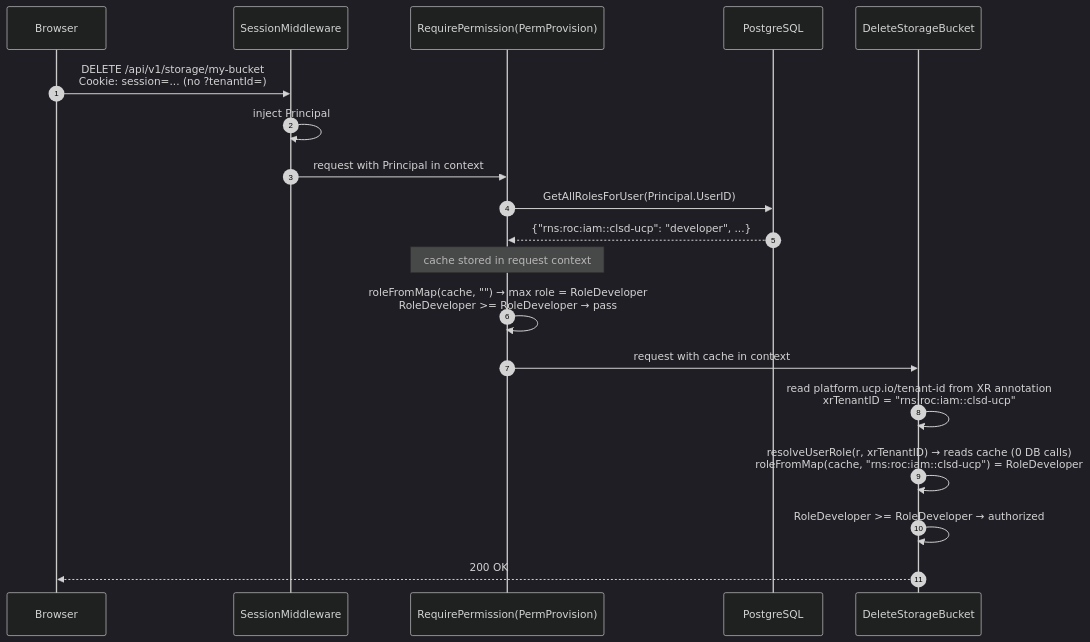
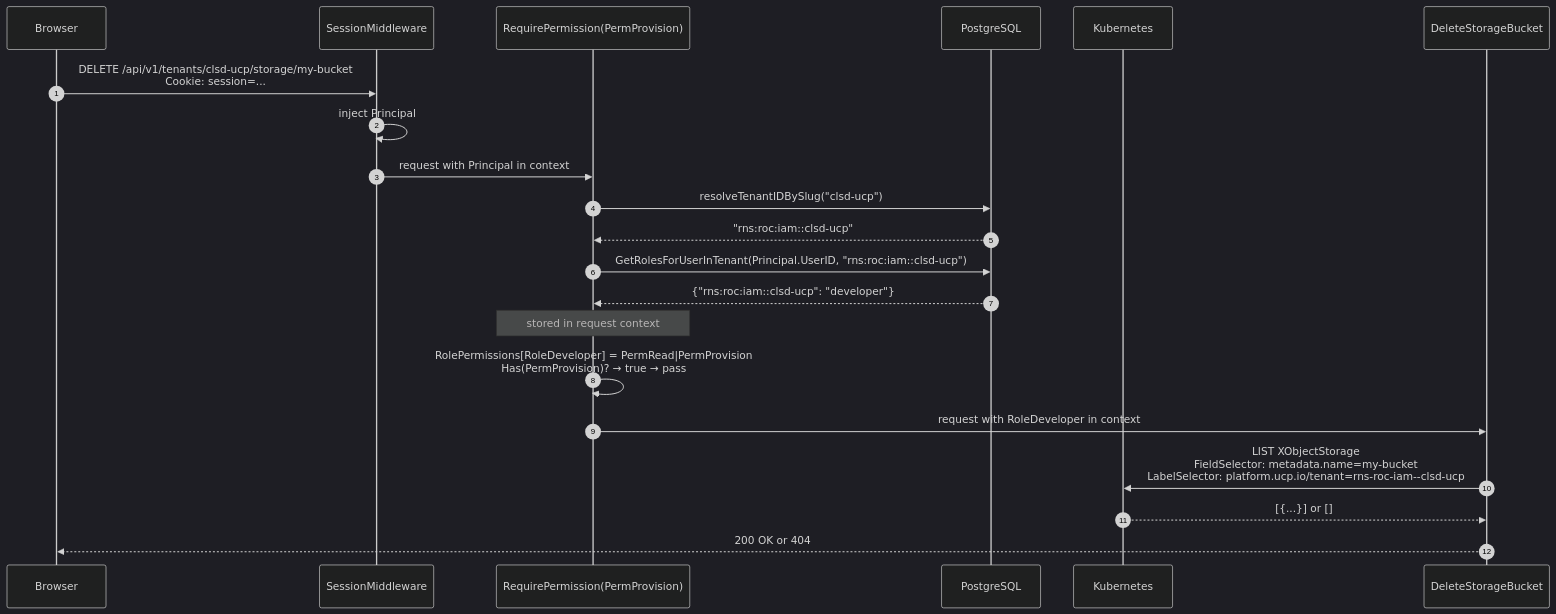
One commit to aripermana-putra/ucp-docs-collection changed the fourth of 5 diagrams in docs/projects/universal-control-plane-ucp/pocs/rbac/implementation.md. Above: the diagram before and after it, drawn with Mermaid (dark theme). The commit also changed other lines of this file, not shown here.

````diff
--- a/docs/projects/universal-control-plane-ucp/pocs/rbac/implementation.md
+++ b/docs/projects/universal-control-plane-ucp/pocs/rbac/implementation.md
@@ -408,26 +408,29 @@
 ```mermaid
 sequenceDiagram
     autonumber
 
     participant Browser
     participant Session as SessionMiddleware
     participant Middleware as RequirePermission(PermProvision)
     participant DB as PostgreSQL
+    participant K8s as Kubernetes
     participant Handler as DeleteStorageBucket
 
-    Browser->>Session: DELETE /api/v1/storage/my-bucket<br/>Cookie: session=... (no ?tenantId=)
+    Browser->>Session: DELETE /api/v1/tenants/clsd-ucp/storage/my-bucket<br/>Cookie: session=...
     Session->>Session: inject Principal
     Session->>Middleware: request with Principal in context
 
-    Middleware->>DB: GetAllRolesForUser(Principal.UserID)
-    DB-->>Middleware: {"rns:roc:iam::clsd-ucp": "developer", ...}
-    Note over Middleware: cache stored in request context
+    Middleware->>DB: resolveTenantIDBySlug("clsd-ucp")
+    DB-->>Middleware: "rns:roc:iam::clsd-ucp"
 
-    Middleware->>Middleware: roleFromMap(cache, "") → max role = RoleDeveloper<br/>RoleDeveloper >= RoleDeveloper → pass
+    Middleware->>DB: GetRolesForUserInTenant(Principal.UserID, "rns:roc:iam::clsd-ucp")
+    DB-->>Middleware: {"rns:roc:iam::clsd-ucp": "developer"}
+    Note over Middleware: stored in request context
 
-    Middleware->>Handler: request with cache in context
-    Handler->>Handler: read platform.ucp.io/tenant-id from XR annotation<br/>xrTenantID = "rns:roc:iam::clsd-ucp"
-    Handler->>Handler: resolveUserRole(r, xrTenantID) → reads cache (0 DB calls)<br/>roleFromMap(cache, "rns:roc:iam::clsd-ucp") = RoleDeveloper
-    Handler->>Handler: RoleDeveloper >= RoleDeveloper → authorized
-    Handler-->>Browser: 200 OK
+    Middleware->>Middleware: RolePermissions[RoleDeveloper] = PermRead|PermProvision<br/>Has(PermProvision)? → true → pass
+
+    Middleware->>Handler: request with RoleDeveloper in context
+    Handler->>K8s: LIST XObjectStorage<br/>FieldSelector: metadata.name=my-bucket<br/>LabelSelector: platform.ucp.io/tenant=rns-roc-iam--clsd-ucp
+    K8s-->>Handler: [{...}] or []
+    Handler-->>Browser: 200 OK or 404
 ```
````
